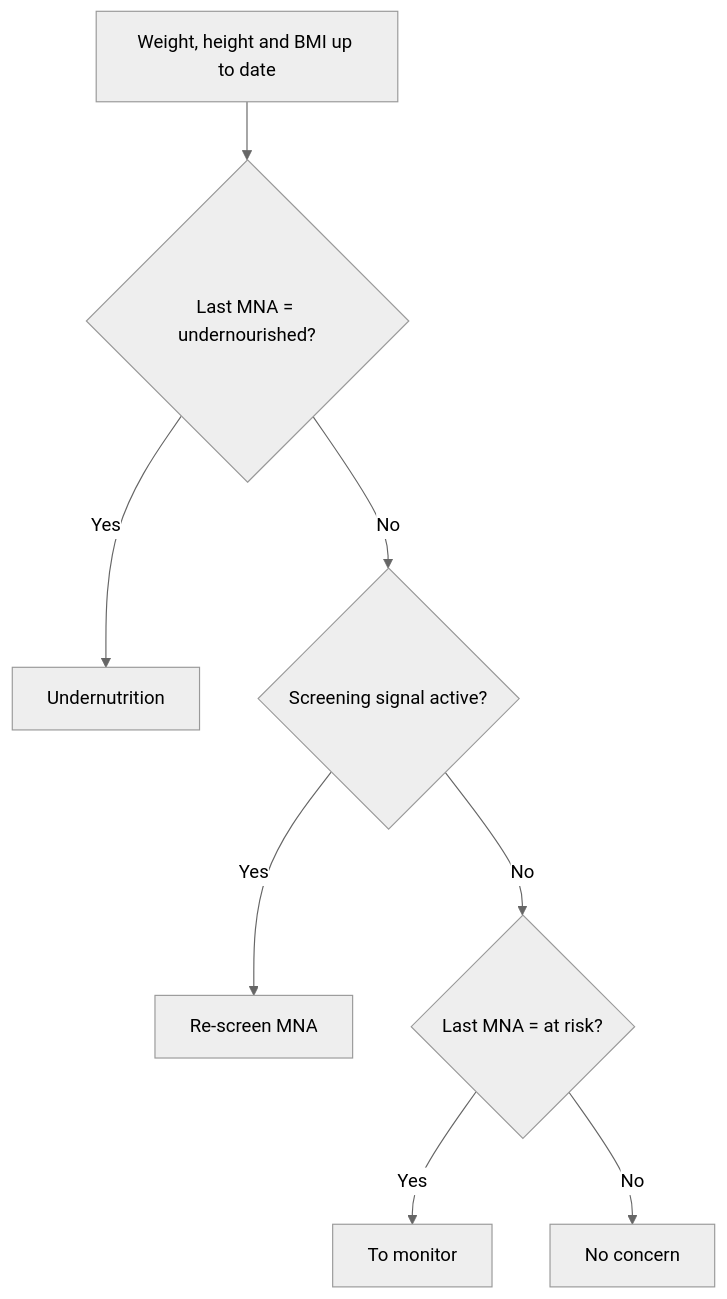
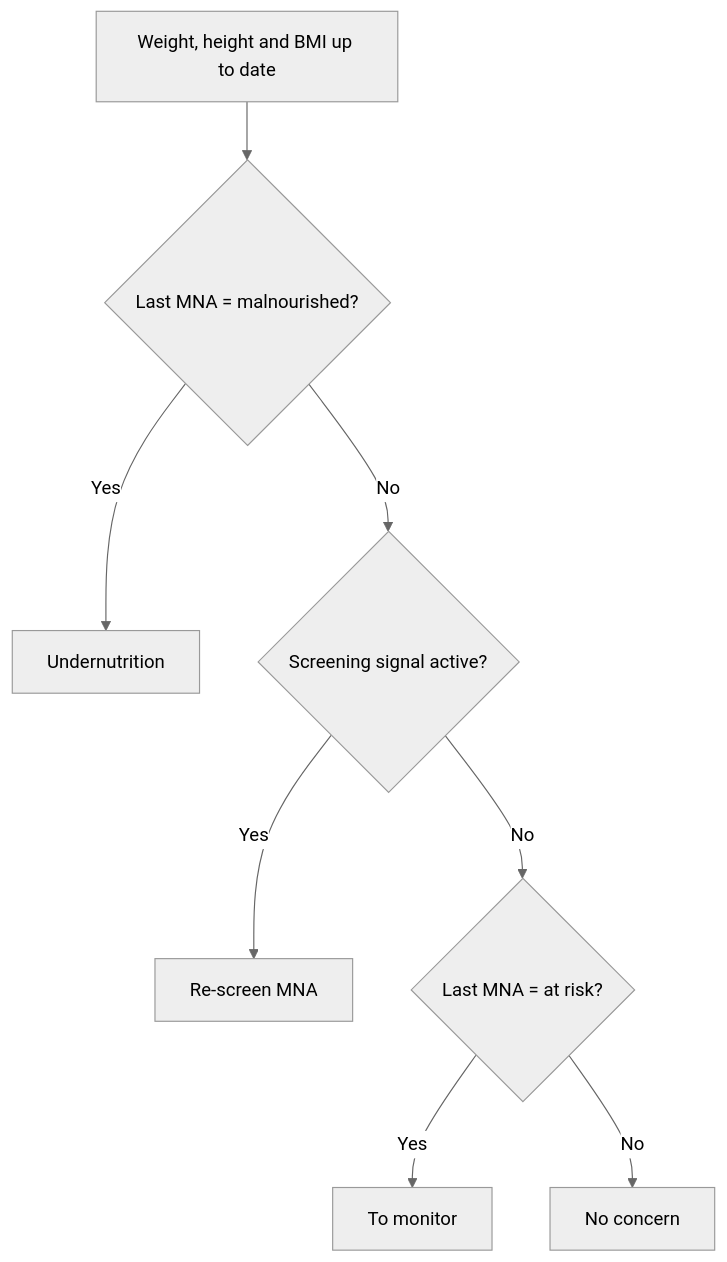
Before and after one commit to lplg-europe/resthome-documentation: the diagram in content/repas/suivi-nutritionnel.md, drawn with Mermaid (neutral theme). The commit also changed other lines of this file and 861 other files, not shown here.

````diff
--- a/content/repas/suivi-nutritionnel.md
+++ b/content/repas/suivi-nutritionnel.md
@@ -72,10 +83,10 @@
 ```mermaid
 flowchart TD
-    A[Weight, height and BMI up to date] --> B{Last MNA = undernourished?}
+    A[Weight, height and BMI up to date] --> B{Last MNA = malnourished?}
     B -- Yes --> C[Undernutrition]
     B -- No --> D{Screening signal active?}
     D -- Yes --> E[Re-screen MNA]
     D -- No --> F{Last MNA = at risk?}
     F -- Yes --> G[To monitor]
     F -- No --> H[No concern]
 ```
````
